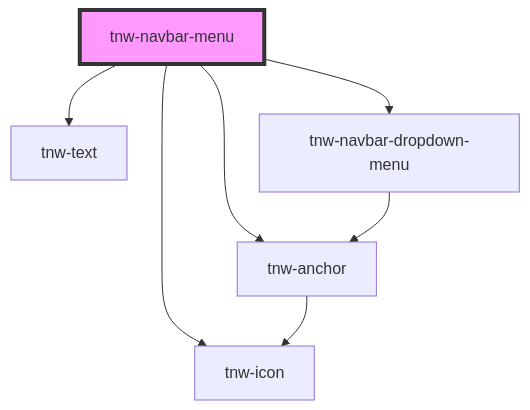
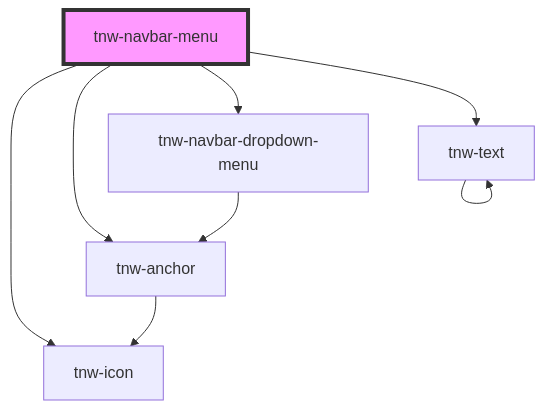
The diagram in packages/stencil-library/src/components/tnw-navbar-menu/readme.md (technway/technway-component-library), drawn with Mermaid before and after one commit. The commit also changed 30 other files, not shown here.

````diff
--- a/packages/stencil-library/src/components/tnw-navbar-menu/readme.md
+++ b/packages/stencil-library/src/components/tnw-navbar-menu/readme.md
@@ -110,10 +110,11 @@
 ```mermaid
 graph TD;
   tnw-navbar-menu --> tnw-anchor
   tnw-navbar-menu --> tnw-icon
   tnw-navbar-menu --> tnw-text
   tnw-navbar-menu --> tnw-navbar-dropdown-menu
   tnw-anchor --> tnw-icon
+  tnw-text --> tnw-text
   tnw-navbar-dropdown-menu --> tnw-anchor
   style tnw-navbar-menu fill:#f9f,stroke:#333,stroke-width:4px
 ```
````
